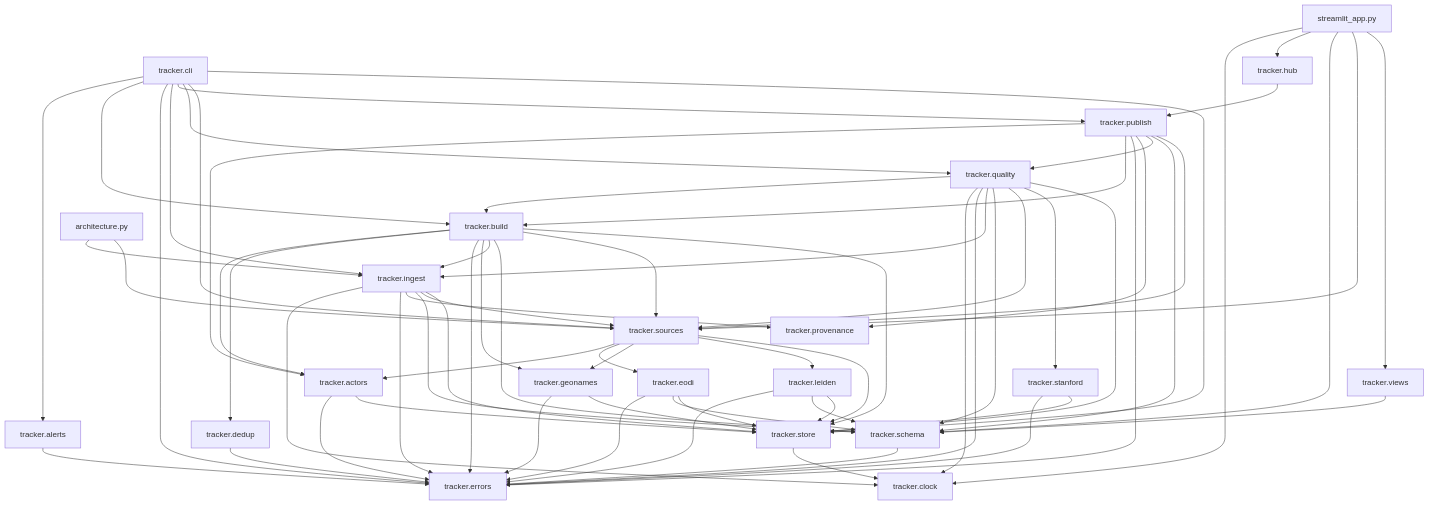
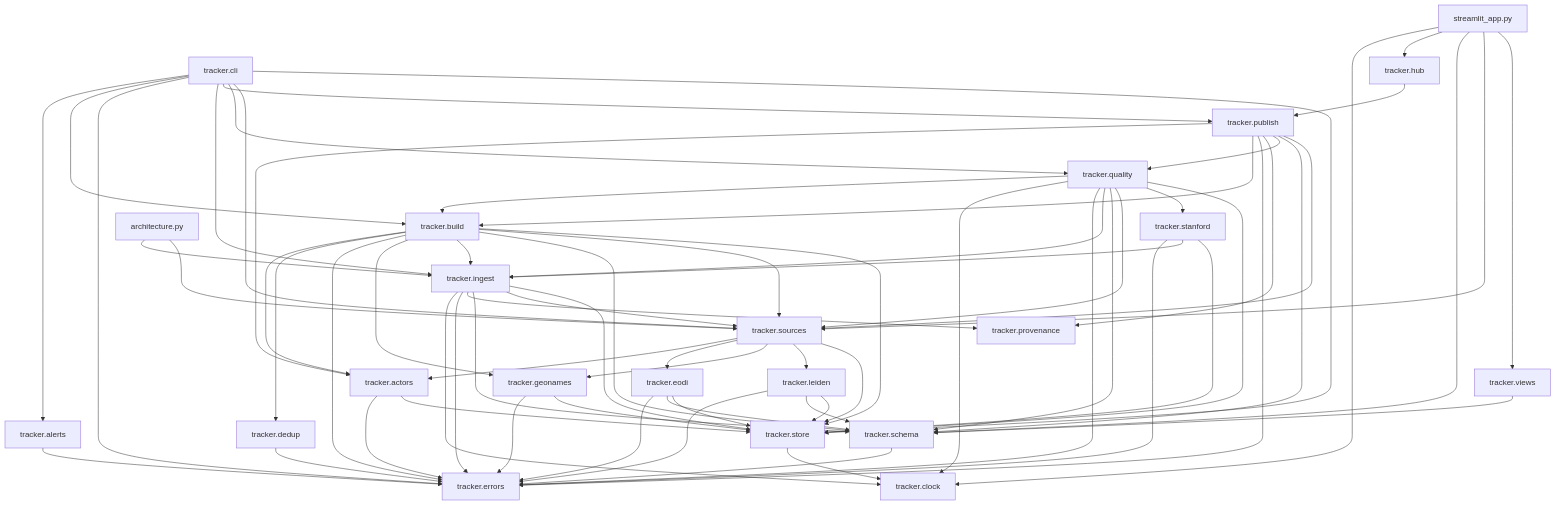
The third of 3 diagrams in docs/architecture.md (tryph0n/hybrid-tracker), drawn with Mermaid before and after one commit. The commit also changed 4 other files, not shown here.

```diff
--- a/docs/architecture.md
+++ b/docs/architecture.md
@@ -243,6 +243,7 @@
   module_tracker_sources --> module_tracker_leiden
   module_tracker_sources --> module_tracker_store
   module_tracker_stanford --> module_tracker_errors
+  module_tracker_stanford --> module_tracker_ingest
   module_tracker_stanford --> module_tracker_store
   module_tracker_store --> module_tracker_clock
   module_tracker_views --> module_tracker_schema
```
